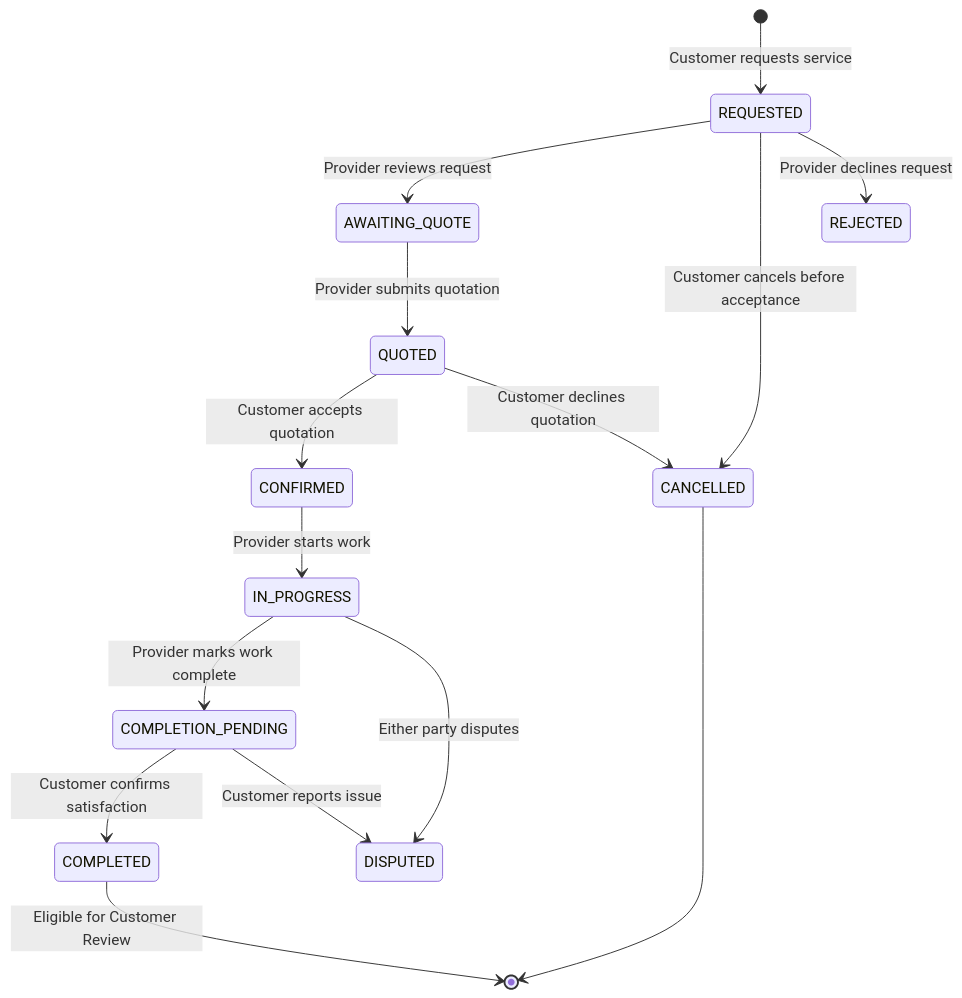
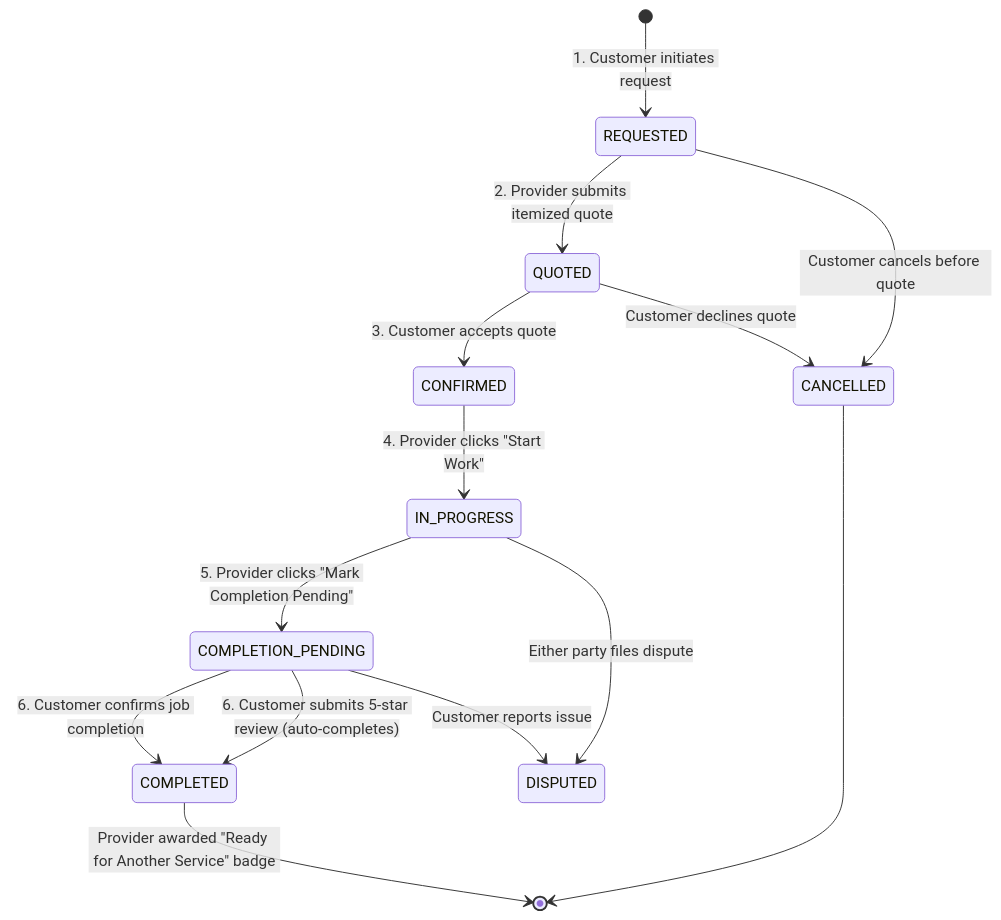
One commit to petersisay/lehulu changed the second of 3 diagrams in docs/ARCHITECTURE.md. Above: the diagram before and after it, drawn with Mermaid. The commit also changed other lines of this file and 6 other files, not shown here.

````diff
--- a/docs/ARCHITECTURE.md
+++ b/docs/ARCHITECTURE.md
@@ -94,17 +101,16 @@
 ```mermaid
 stateDiagram-v2
-    [*] --> REQUESTED: Customer requests service
-    REQUESTED --> AWAITING_QUOTE: Provider reviews request
-    REQUESTED --> CANCELLED: Customer cancels before acceptance
-    REQUESTED --> REJECTED: Provider declines request
-    AWAITING_QUOTE --> QUOTED: Provider submits quotation
-    QUOTED --> CONFIRMED: Customer accepts quotation
-    QUOTED --> CANCELLED: Customer declines quotation
-    CONFIRMED --> IN_PROGRESS: Provider starts work
-    IN_PROGRESS --> COMPLETION_PENDING: Provider marks work complete
-    COMPLETION_PENDING --> COMPLETED: Customer confirms satisfaction
+    [*] --> REQUESTED: 1. Customer initiates request
+    REQUESTED --> QUOTED: 2. Provider submits itemized quote
+    REQUESTED --> CANCELLED: Customer cancels before quote
+    QUOTED --> CONFIRMED: 3. Customer accepts quote
+    QUOTED --> CANCELLED: Customer declines quote
+    CONFIRMED --> IN_PROGRESS: 4. Provider clicks "Start Work"
+    IN_PROGRESS --> COMPLETION_PENDING: 5. Provider clicks "Mark Completion Pending"
+    COMPLETION_PENDING --> COMPLETED: 6. Customer confirms job completion
+    COMPLETION_PENDING --> COMPLETED: 6. Customer submits 5-star review (auto-completes)
     COMPLETION_PENDING --> DISPUTED: Customer reports issue
-    IN_PROGRESS --> DISPUTED: Either party disputes
-    COMPLETED --> [*]: Eligible for Customer Review
+    IN_PROGRESS --> DISPUTED: Either party files dispute
+    COMPLETED --> [*]: Provider awarded "Ready for Another Service" badge
     CANCELLED --> [*]
 ```
````
